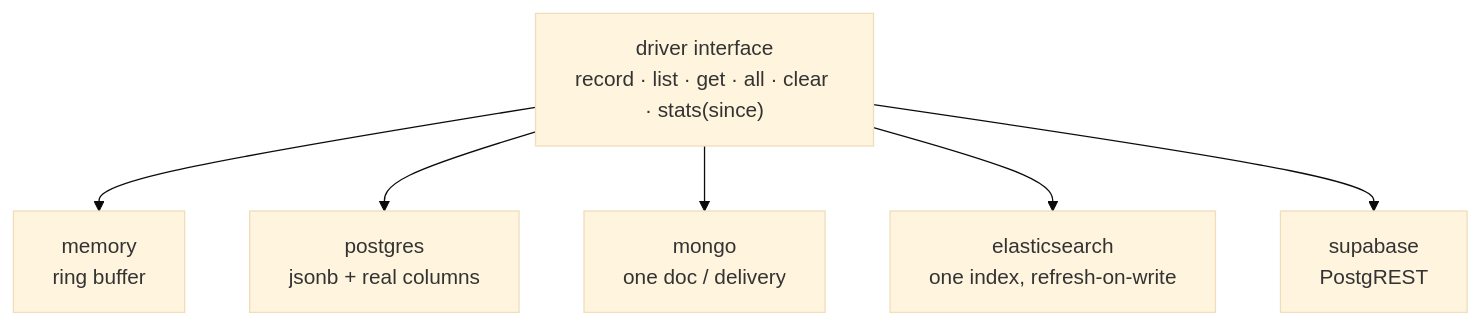
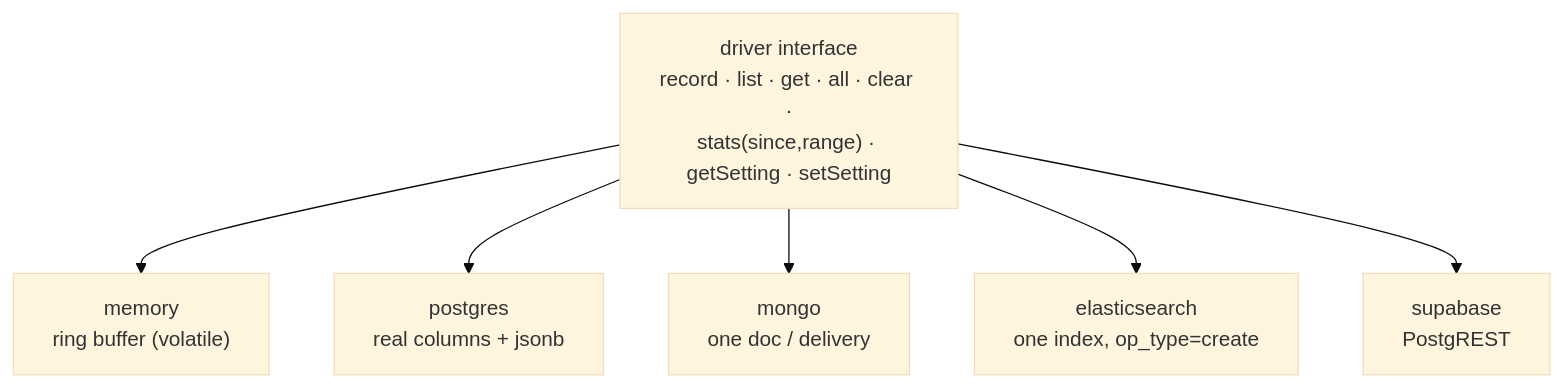
Before and after one commit to kanziLAB/uqudo-webhook-relay: the eighth of 12 diagrams in docs/ARCHITECTURE.md, drawn with Mermaid (base theme). The commit also changed other lines of this file and 2 other files, not shown here.

First line of the commit message:
Docs: installation guide with backend selector + illustrated architecture

````diff
--- a/docs/ARCHITECTURE.md
+++ b/docs/ARCHITECTURE.md
@@ -129,9 +291,9 @@
 ```mermaid
 flowchart TB
-  IFACE["driver interface<br/>record · list · get · all · clear · stats(since)"]
-  IFACE --> MEM["memory<br/>ring buffer"]
-  IFACE --> PG["postgres<br/>jsonb + real columns"]
+  IFACE["driver interface<br/>record · list · get · all · clear ·<br/>stats(since,range) · getSetting · setSetting"]
+  IFACE --> MEM["memory<br/>ring buffer (volatile)"]
+  IFACE --> PG["postgres<br/>real columns + jsonb"]
   IFACE --> MG["mongo<br/>one doc / delivery"]
-  IFACE --> ES["elasticsearch<br/>one index, refresh-on-write"]
+  IFACE --> ES["elasticsearch<br/>one index, op_type=create"]
   IFACE --> SB["supabase<br/>PostgREST"]
 ```
````
